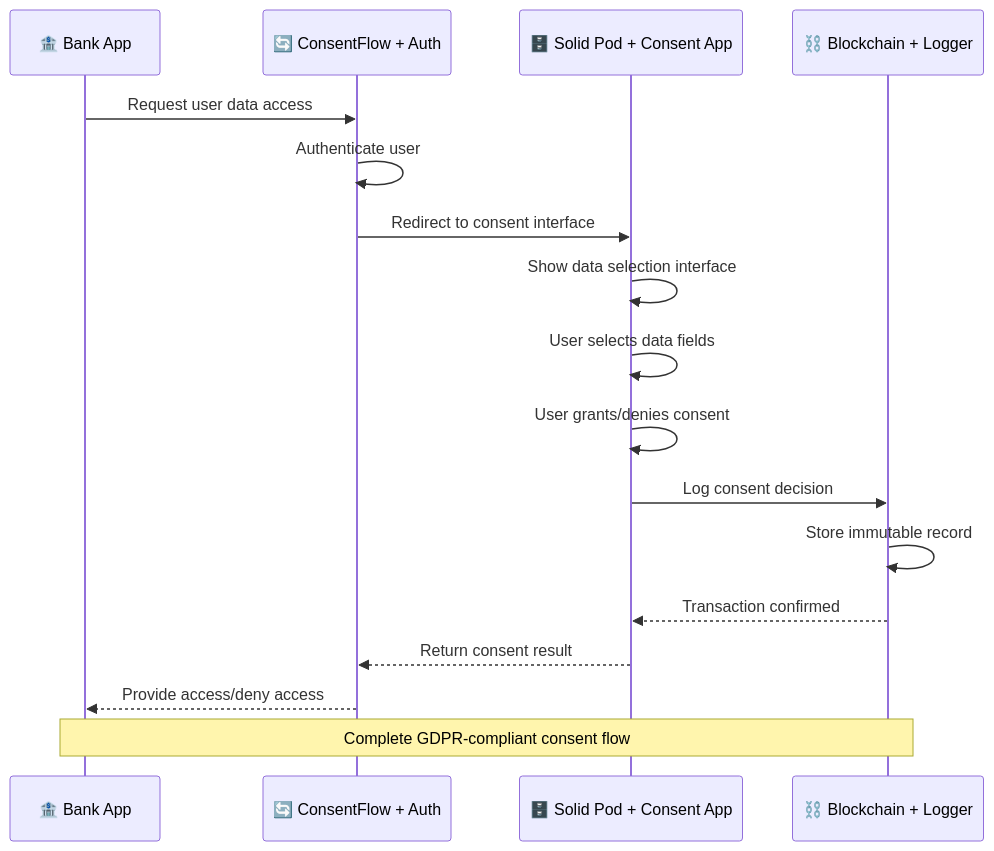
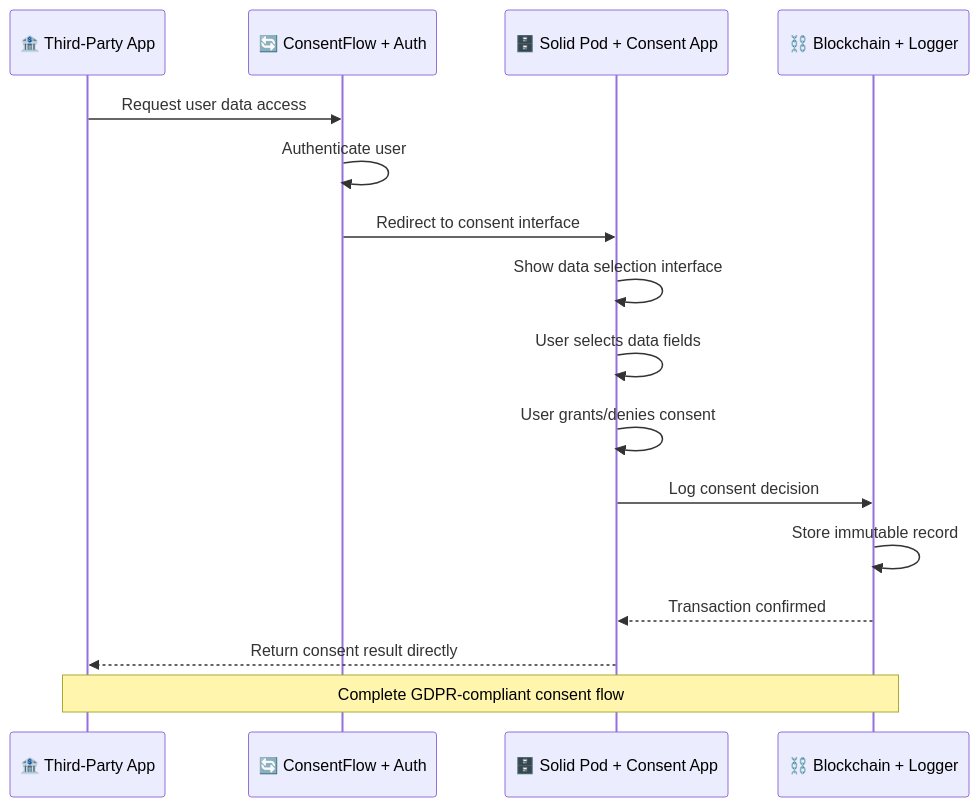
Before and after one commit to kobivan92/digital_consent: the third of 15 diagrams in README.md, drawn with Mermaid.

Commit message:
Update README.md to clarify participant roles in consent flow diagram
- Changed "Bank App" to "Third-Party App" for accurate representation in the sequence diagram.
- Adjusted interactions to reflect direct communication between Solid Pod and Third-Party App, enhancing clarity on the GDPR-compliant consent flow.

````diff
--- a/README.md
+++ b/README.md
@@ -119,21 +119,20 @@
 ```mermaid
 sequenceDiagram
-    participant Bank as 🏦 Bank App
+    participant ThirdParty as 🏦 Third-Party App
     participant ConsentFlow as 🔄 ConsentFlow + Auth
     participant SolidPod as 🗄️ Solid Pod + Consent App
     participant Blockchain as ⛓️ Blockchain + Logger
     
-    Bank->>ConsentFlow: Request user data access
+    ThirdParty->>ConsentFlow: Request user data access
     ConsentFlow->>ConsentFlow: Authenticate user
     ConsentFlow->>SolidPod: Redirect to consent interface
     SolidPod->>SolidPod: Show data selection interface
     SolidPod->>SolidPod: User selects data fields
     SolidPod->>SolidPod: User grants/denies consent
     SolidPod->>Blockchain: Log consent decision
     Blockchain->>Blockchain: Store immutable record
     Blockchain-->>SolidPod: Transaction confirmed
-    SolidPod-->>ConsentFlow: Return consent result
-    ConsentFlow-->>Bank: Provide access/deny access
+    SolidPod-->>ThirdParty: Return consent result directly
     
-    Note over Bank,Blockchain: Complete GDPR-compliant consent flow
+    Note over ThirdParty,Blockchain: Complete GDPR-compliant consent flow
 ```
````
